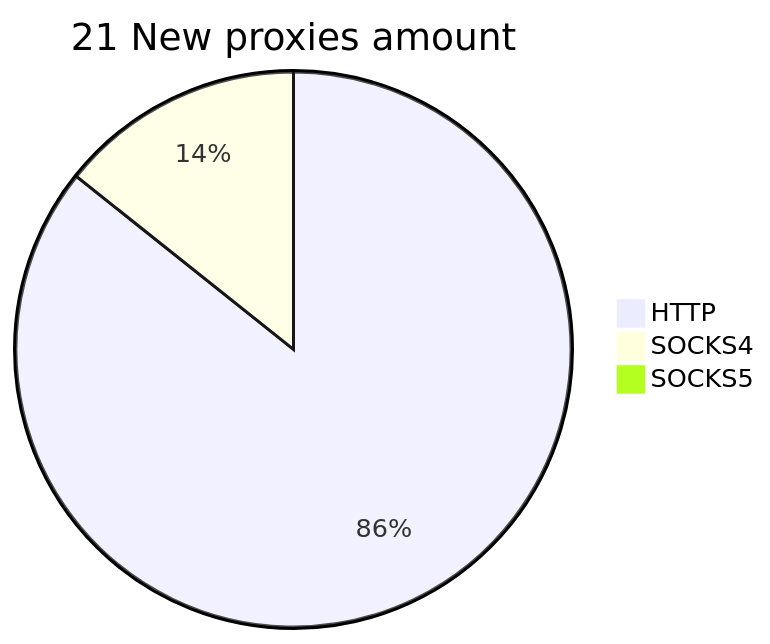
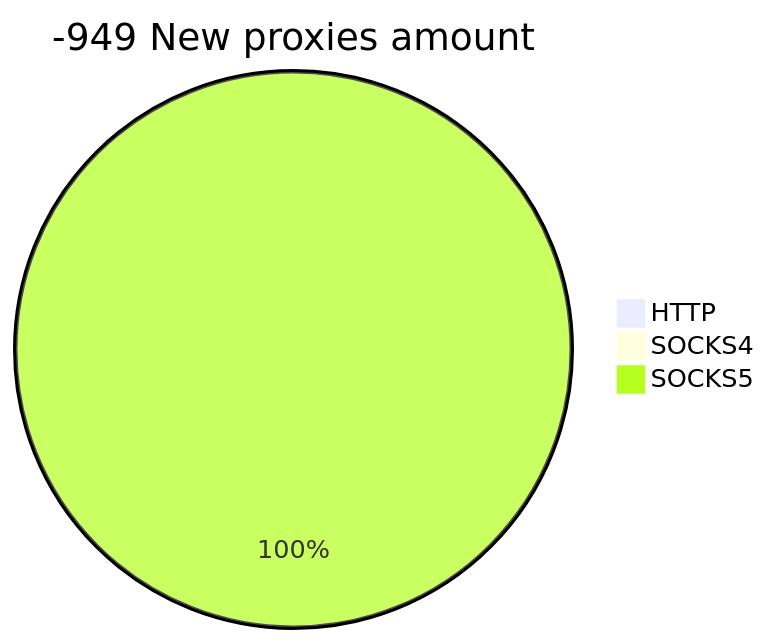
The second of 2 diagrams in README.md (cutipu/proxylist), drawn with Mermaid before and after one commit. The commit also changed other lines of this file, not shown here.

````diff
--- a/README.md
+++ b/README.md
@@ -10,6 +10,6 @@
 ```mermaid
-pie title 21 New proxies amount
-    "HTTP" : 18
-    "SOCKS4" : 3
-    "SOCKS5" : 0
+pie title -949 New proxies amount
+    "HTTP" : 0
+    "SOCKS4" : 0
+    "SOCKS5" : 68
 ```
````
